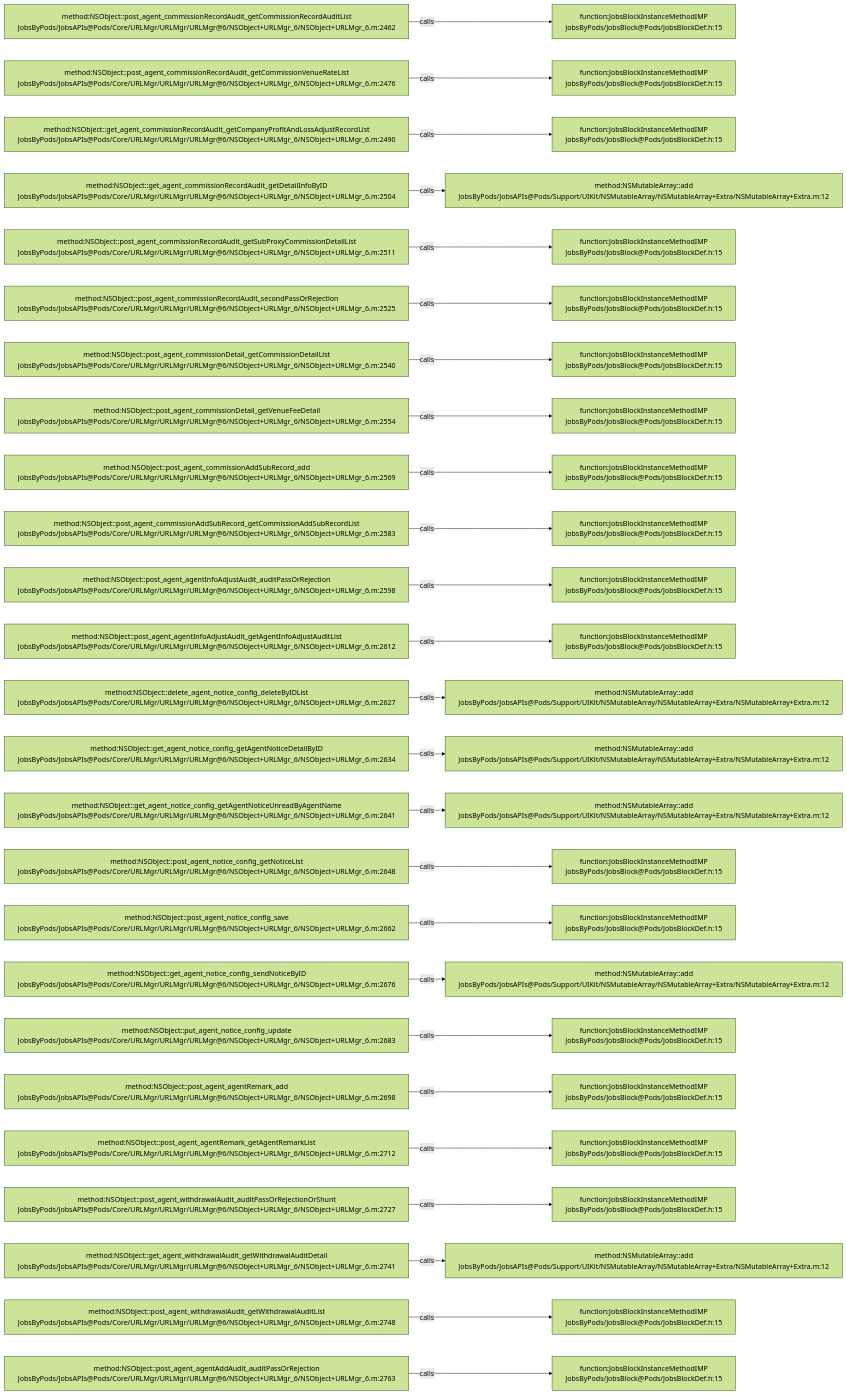
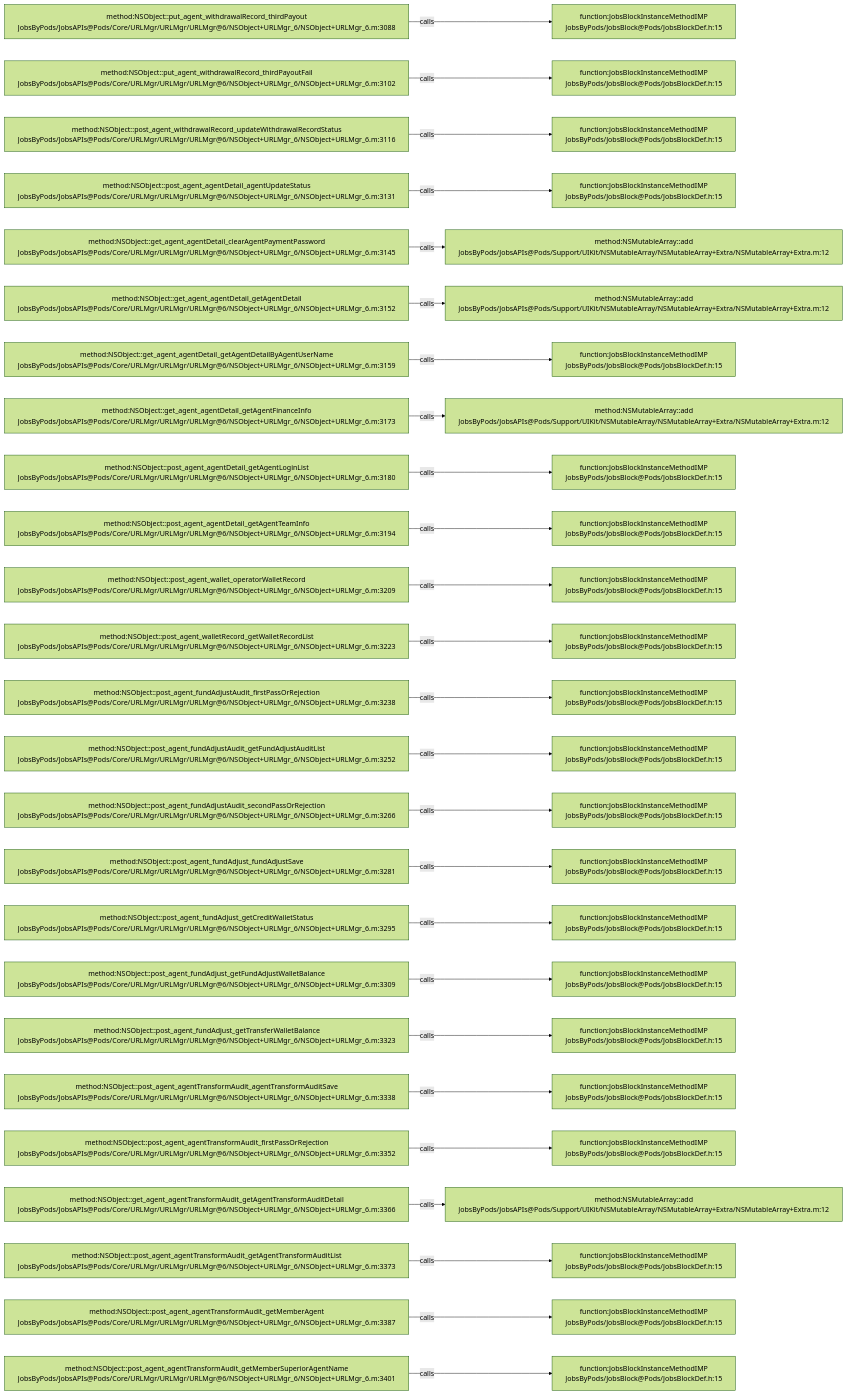
One commit to JobsKits/JobsOCBaseConfigDemo changed the diagram in .codegraph/codegraph.md/graphs/calls-074.md. Above: the diagram before and after it, drawn with Mermaid (forest theme). The commit also changed 223 other files, not shown here.

````diff
--- a/.codegraph/codegraph.md/graphs/calls-074.md
+++ b/.codegraph/codegraph.md/graphs/calls-074.md
@@ -13,78 +13,78 @@
 ```mermaid
 flowchart LR
-  S1["method:NSObject::post_agent_commissionRecordAudit_getCommissionRecordAuditList<br/>JobsByPods/JobsAPIs@Pods/Core/URLMgr/URLMgr/URLMgr@6/NSObject+URLMgr_6/NSObject+URLMgr_6.m:2462"]
+  S1["method:NSObject::put_agent_withdrawalRecord_thirdPayout<br/>JobsByPods/JobsAPIs@Pods/Core/URLMgr/URLMgr/URLMgr@6/NSObject+URLMgr_6/NSObject+URLMgr_6.m:3088"]
   T1["function:JobsBlockInstanceMethodIMP<br/>JobsByPods/JobsBlock@Pods/JobsBlockDef.h:15"]
   S1 -->|calls| T1
-  S2["method:NSObject::post_agent_commissionRecordAudit_getCommissionVenueRateList<br/>JobsByPods/JobsAPIs@Pods/Core/URLMgr/URLMgr/URLMgr@6/NSObject+URLMgr_6/NSObject+URLMgr_6.m:2476"]
+  S2["method:NSObject::put_agent_withdrawalRecord_thirdPayoutFail<br/>JobsByPods/JobsAPIs@Pods/Core/URLMgr/URLMgr/URLMgr@6/NSObject+URLMgr_6/NSObject+URLMgr_6.m:3102"]
   T2["function:JobsBlockInstanceMethodIMP<br/>JobsByPods/JobsBlock@Pods/JobsBlockDef.h:15"]
   S2 -->|calls| T2
-  S3["method:NSObject::get_agent_commissionRecordAudit_getCompanyProfitAndLossAdjustRecordList<br/>JobsByPods/JobsAPIs@Pods/Core/URLMgr/URLMgr/URLMgr@6/NSObject+URLMgr_6/NSObject+URLMgr_6.m:2490"]
+  S3["method:NSObject::post_agent_withdrawalRecord_updateWithdrawalRecordStatus<br/>JobsByPods/JobsAPIs@Pods/Core/URLMgr/URLMgr/URLMgr@6/NSObject+URLMgr_6/NSObject+URLMgr_6.m:3116"]
   T3["function:JobsBlockInstanceMethodIMP<br/>JobsByPods/JobsBlock@Pods/JobsBlockDef.h:15"]
   S3 -->|calls| T3
-  S4["method:NSObject::get_agent_commissionRecordAudit_getDetailInfoByID<br/>JobsByPods/JobsAPIs@Pods/Core/URLMgr/URLMgr/URLMgr@6/NSObject+URLMgr_6/NSObject+URLMgr_6.m:2504"]
-  T4["method:NSMutableArray::add<br/>JobsByPods/JobsAPIs@Pods/Support/UIKit/NSMutableArray/NSMutableArray+Extra/NSMutableArray+Extra.m:12"]
+  S4["method:NSObject::post_agent_agentDetail_agentUpdateStatus<br/>JobsByPods/JobsAPIs@Pods/Core/URLMgr/URLMgr/URLMgr@6/NSObject+URLMgr_6/NSObject+URLMgr_6.m:3131"]
+  T4["function:JobsBlockInstanceMethodIMP<br/>JobsByPods/JobsBlock@Pods/JobsBlockDef.h:15"]
   S4 -->|calls| T4
-  S5["method:NSObject::post_agent_commissionRecordAudit_getSubProxyCommissionDetailList<br/>JobsByPods/JobsAPIs@Pods/Core/URLMgr/URLMgr/URLMgr@6/NSObject+URLMgr_6/NSObject+URLMgr_6.m:2511"]
-  T5["function:JobsBlockInstanceMethodIMP<br/>JobsByPods/JobsBlock@Pods/JobsBlockDef.h:15"]
+  S5["method:NSObject::get_agent_agentDetail_clearAgentPaymentPassword<br/>JobsByPods/JobsAPIs@Pods/Core/URLMgr/URLMgr/URLMgr@6/NSObject+URLMgr_6/NSObject+URLMgr_6.m:3145"]
+  T5["method:NSMutableArray::add<br/>JobsByPods/JobsAPIs@Pods/Support/UIKit/NSMutableArray/NSMutableArray+Extra/NSMutableArray+Extra.m:12"]
   S5 -->|calls| T5
-  S6["method:NSObject::post_agent_commissionRecordAudit_secondPassOrRejection<br/>JobsByPods/JobsAPIs@Pods/Core/URLMgr/URLMgr/URLMgr@6/NSObject+URLMgr_6/NSObject+URLMgr_6.m:2525"]
-  T6["function:JobsBlockInstanceMethodIMP<br/>JobsByPods/JobsBlock@Pods/JobsBlockDef.h:15"]
+  S6["method:NSObject::get_agent_agentDetail_getAgentDetail<br/>JobsByPods/JobsAPIs@Pods/Core/URLMgr/URLMgr/URLMgr@6/NSObject+URLMgr_6/NSObject+URLMgr_6.m:3152"]
+  T6["method:NSMutableArray::add<br/>JobsByPods/JobsAPIs@Pods/Support/UIKit/NSMutableArray/NSMutableArray+Extra/NSMutableArray+Extra.m:12"]
   S6 -->|calls| T6
-  S7["method:NSObject::post_agent_commissionDetail_getCommissionDetailList<br/>JobsByPods/JobsAPIs@Pods/Core/URLMgr/URLMgr/URLMgr@6/NSObject+URLMgr_6/NSObject+URLMgr_6.m:2540"]
+  S7["method:NSObject::get_agent_agentDetail_getAgentDetailByAgentUserName<br/>JobsByPods/JobsAPIs@Pods/Core/URLMgr/URLMgr/URLMgr@6/NSObject+URLMgr_6/NSObject+URLMgr_6.m:3159"]
   T7["function:JobsBlockInstanceMethodIMP<br/>JobsByPods/JobsBlock@Pods/JobsBlockDef.h:15"]
   S7 -->|calls| T7
-  S8["method:NSObject::post_agent_commissionDetail_getVenueFeeDetail<br/>JobsByPods/JobsAPIs@Pods/Core/URLMgr/URLMgr/URLMgr@6/NSObject+URLMgr_6/NSObject+URLMgr_6.m:2554"]
-  T8["function:JobsBlockInstanceMethodIMP<br/>JobsByPods/JobsBlock@Pods/JobsBlockDef.h:15"]
+  S8["method:NSObject::get_agent_agentDetail_getAgentFinanceInfo<br/>JobsByPods/JobsAPIs@Pods/Core/URLMgr/URLMgr/URLMgr@6/NSObject+URLMgr_6/NSObject+URLMgr_6.m:3173"]
+  T8["method:NSMutableArray::add<br/>JobsByPods/JobsAPIs@Pods/Support/UIKit/NSMutableArray/NSMutableArray+Extra/NSMutableArray+Extra.m:12"]
   S8 -->|calls| T8
-  S9["method:NSObject::post_agent_commissionAddSubRecord_add<br/>JobsByPods/JobsAPIs@Pods/Core/URLMgr/URLMgr/URLMgr@6/NSObject+URLMgr_6/NSObject+URLMgr_6.m:2569"]
+  S9["method:NSObject::post_agent_agentDetail_getAgentLoginList<br/>JobsByPods/JobsAPIs@Pods/Core/URLMgr/URLMgr/URLMgr@6/NSObject+URLMgr_6/NSObject+URLMgr_6.m:3180"]
   T9["function:JobsBlockInstanceMethodIMP<br/>JobsByPods/JobsBlock@Pods/JobsBlockDef.h:15"]
   S9 -->|calls| T9
-  S10["method:NSObject::post_agent_commissionAddSubRecord_getCommissionAddSubRecordList<br/>JobsByPods/JobsAPIs@Pods/Core/URLMgr/URLMgr/URLMgr@6/NSObject+URLMgr_6/NSObject+URLMgr_6.m:2583"]
+  S10["method:NSObject::post_agent_agentDetail_getAgentTeamInfo<br/>JobsByPods/JobsAPIs@Pods/Core/URLMgr/URLMgr/URLMgr@6/NSObject+URLMgr_6/NSObject+URLMgr_6.m:3194"]
   T10["function:JobsBlockInstanceMethodIMP<br/>JobsByPods/JobsBlock@Pods/JobsBlockDef.h:15"]
   S10 -->|calls| T10
-  S11["method:NSObject::post_agent_agentInfoAdjustAudit_auditPassOrRejection<br/>JobsByPods/JobsAPIs@Pods/Core/URLMgr/URLMgr/URLMgr@6/NSObject+URLMgr_6/NSObject+URLMgr_6.m:2598"]
+  S11["method:NSObject::post_agent_wallet_operatorWalletRecord<br/>JobsByPods/JobsAPIs@Pods/Core/URLMgr/URLMgr/URLMgr@6/NSObject+URLMgr_6/NSObject+URLMgr_6.m:3209"]
   T11["function:JobsBlockInstanceMethodIMP<br/>JobsByPods/JobsBlock@Pods/JobsBlockDef.h:15"]
   S11 -->|calls| T11
-  S12["method:NSObject::post_agent_agentInfoAdjustAudit_getAgentInfoAdjustAuditList<br/>JobsByPods/JobsAPIs@Pods/Core/URLMgr/URLMgr/URLMgr@6/NSObject+URLMgr_6/NSObject+URLMgr_6.m:2612"]
+  S12["method:NSObject::post_agent_walletRecord_getWalletRecordList<br/>JobsByPods/JobsAPIs@Pods/Core/URLMgr/URLMgr/URLMgr@6/NSObject+URLMgr_6/NSObject+URLMgr_6.m:3223"]
   T12["function:JobsBlockInstanceMethodIMP<br/>JobsByPods/JobsBlock@Pods/JobsBlockDef.h:15"]
   S12 -->|calls| T12
-  S13["method:NSObject::delete_agent_notice_config_deleteByIDList<br/>JobsByPods/JobsAPIs@Pods/Core/URLMgr/URLMgr/URLMgr@6/NSObject+URLMgr_6/NSObject+URLMgr_6.m:2627"]
-  T13["method:NSMutableArray::add<br/>JobsByPods/JobsAPIs@Pods/Support/UIKit/NSMutableArray/NSMutableArray+Extra/NSMutableArray+Extra.m:12"]
+  S13["method:NSObject::post_agent_fundAdjustAudit_firstPassOrRejection<br/>JobsByPods/JobsAPIs@Pods/Core/URLMgr/URLMgr/URLMgr@6/NSObject+URLMgr_6/NSObject+URLMgr_6.m:3238"]
+  T13["function:JobsBlockInstanceMethodIMP<br/>JobsByPods/JobsBlock@Pods/JobsBlockDef.h:15"]
   S13 -->|calls| T13
-  S14["method:NSObject::get_agent_notice_config_getAgentNoticeDetailByID<br/>JobsByPods/JobsAPIs@Pods/Core/URLMgr/URLMgr/URLMgr@6/NSObject+URLMgr_6/NSObject+URLMgr_6.m:2634"]
-  T14["method:NSMutableArray::add<br/>JobsByPods/JobsAPIs@Pods/Support/UIKit/NSMutableArray/NSMutableArray+Extra/NSMutableArray+Extra.m:12"]
+  S14["method:NSObject::post_agent_fundAdjustAudit_getFundAdjustAuditList<br/>JobsByPods/JobsAPIs@Pods/Core/URLMgr/URLMgr/URLMgr@6/NSObject+URLMgr_6/NSObject+URLMgr_6.m:3252"]
+  T14["function:JobsBlockInstanceMethodIMP<br/>JobsByPods/JobsBlock@Pods/JobsBlockDef.h:15"]
   S14 -->|calls| T14
-  S15["method:NSObject::get_agent_notice_config_getAgentNoticeUnreadByAgentName<br/>JobsByPods/JobsAPIs@Pods/Core/URLMgr/URLMgr/URLMgr@6/NSObject+URLMgr_6/NSObject+URLMgr_6.m:2641"]
-  T15["method:NSMutableArray::add<br/>JobsByPods/JobsAPIs@Pods/Support/UIKit/NSMutableArray/NSMutableArray+Extra/NSMutableArray+Extra.m:12"]
+  S15["method:NSObject::post_agent_fundAdjustAudit_secondPassOrRejection<br/>JobsByPods/JobsAPIs@Pods/Core/URLMgr/URLMgr/URLMgr@6/NSObject+URLMgr_6/NSObject+URLMgr_6.m:3266"]
+  T15["function:JobsBlockInstanceMethodIMP<br/>JobsByPods/JobsBlock@Pods/JobsBlockDef.h:15"]
   S15 -->|calls| T15
-  S16["method:NSObject::post_agent_notice_config_getNoticeList<br/>JobsByPods/JobsAPIs@Pods/Core/URLMgr/URLMgr/URLMgr@6/NSObject+URLMgr_6/NSObject+URLMgr_6.m:2648"]
+  S16["method:NSObject::post_agent_fundAdjust_fundAdjustSave<br/>JobsByPods/JobsAPIs@Pods/Core/URLMgr/URLMgr/URLMgr@6/NSObject+URLMgr_6/NSObject+URLMgr_6.m:3281"]
   T16["function:JobsBlockInstanceMethodIMP<br/>JobsByPods/JobsBlock@Pods/JobsBlockDef.h:15"]
   S16 -->|calls| T16
-  S17["method:NSObject::post_agent_notice_config_save<br/>JobsByPods/JobsAPIs@Pods/Core/URLMgr/URLMgr/URLMgr@6/NSObject+URLMgr_6/NSObject+URLMgr_6.m:2662"]
+  S17["method:NSObject::post_agent_fundAdjust_getCreditWalletStatus<br/>JobsByPods/JobsAPIs@Pods/Core/URLMgr/URLMgr/URLMgr@6/NSObject+URLMgr_6/NSObject+URLMgr_6.m:3295"]
   T17["function:JobsBlockInstanceMethodIMP<br/>JobsByPods/JobsBlock@Pods/JobsBlockDef.h:15"]
   S17 -->|calls| T17
-  S18["method:NSObject::get_agent_notice_config_sendNoticeByID<br/>JobsByPods/JobsAPIs@Pods/Core/URLMgr/URLMgr/URLMgr@6/NSObject+URLMgr_6/NSObject+URLMgr_6.m:2676"]
-  T18["method:NSMutableArray::add<br/>JobsByPods/JobsAPIs@Pods/Support/UIKit/NSMutableArray/NSMutableArray+Extra/NSMutableArray+Extra.m:12"]
+  S18["method:NSObject::post_agent_fundAdjust_getFundAdjustWalletBalance<br/>JobsByPods/JobsAPIs@Pods/Core/URLMgr/URLMgr/URLMgr@6/NSObject+URLMgr_6/NSObject+URLMgr_6.m:3309"]
+  T18["function:JobsBlockInstanceMethodIMP<br/>JobsByPods/JobsBlock@Pods/JobsBlockDef.h:15"]
   S18 -->|calls| T18
-  S19["method:NSObject::put_agent_notice_config_update<br/>JobsByPods/JobsAPIs@Pods/Core/URLMgr/URLMgr/URLMgr@6/NSObject+URLMgr_6/NSObject+URLMgr_6.m:2683"]
+  S19["method:NSObject::post_agent_fundAdjust_getTransferWalletBalance<br/>JobsByPods/JobsAPIs@Pods/Core/URLMgr/URLMgr/URLMgr@6/NSObject+URLMgr_6/NSObject+URLMgr_6.m:3323"]
   T19["function:JobsBlockInstanceMethodIMP<br/>JobsByPods/JobsBlock@Pods/JobsBlockDef.h:15"]
   S19 -->|calls| T19
-  S20["method:NSObject::post_agent_agentRemark_add<br/>JobsByPods/JobsAPIs@Pods/Core/URLMgr/URLMgr/URLMgr@6/NSObject+URLMgr_6/NSObject+URLMgr_6.m:2698"]
+  S20["method:NSObject::post_agent_agentTransformAudit_agentTransformAuditSave<br/>JobsByPods/JobsAPIs@Pods/Core/URLMgr/URLMgr/URLMgr@6/NSObject+URLMgr_6/NSObject+URLMgr_6.m:3338"]
   T20["function:JobsBlockInstanceMethodIMP<br/>JobsByPods/JobsBlock@Pods/JobsBlockDef.h:15"]
   S20 -->|calls| T20
-  S21["method:NSObject::post_agent_agentRemark_getAgentRemarkList<br/>JobsByPods/JobsAPIs@Pods/Core/URLMgr/URLMgr/URLMgr@6/NSObject+URLMgr_6/NSObject+URLMgr_6.m:2712"]
+  S21["method:NSObject::post_agent_agentTransformAudit_firstPassOrRejection<br/>JobsByPods/JobsAPIs@Pods/Core/URLMgr/URLMgr/URLMgr@6/NSObject+URLMgr_6/NSObject+URLMgr_6.m:3352"]
   T21["function:JobsBlockInstanceMethodIMP<br/>JobsByPods/JobsBlock@Pods/JobsBlockDef.h:15"]
   S21 -->|calls| T21
-  S22["method:NSObject::post_agent_withdrawalAudit_auditPassOrRejectionOrShunt<br/>JobsByPods/JobsAPIs@Pods/Core/URLMgr/URLMgr/URLMgr@6/NSObject+URLMgr_6/NSObject+URLMgr_6.m:2727"]
-  T22["function:JobsBlockInstanceMethodIMP<br/>JobsByPods/JobsBlock@Pods/JobsBlockDef.h:15"]
+  S22["method:NSObject::get_agent_agentTransformAudit_getAgentTransformAuditDetail<br/>JobsByPods/JobsAPIs@Pods/Core/URLMgr/URLMgr/URLMgr@6/NSObject+URLMgr_6/NSObject+URLMgr_6.m:3366"]
+  T22["method:NSMutableArray::add<br/>JobsByPods/JobsAPIs@Pods/Support/UIKit/NSMutableArray/NSMutableArray+Extra/NSMutableArray+Extra.m:12"]
   S22 -->|calls| T22
-  S23["method:NSObject::get_agent_withdrawalAudit_getWithdrawalAuditDetail<br/>JobsByPods/JobsAPIs@Pods/Core/URLMgr/URLMgr/URLMgr@6/NSObject+URLMgr_6/NSObject+URLMgr_6.m:2741"]
-  T23["method:NSMutableArray::add<br/>JobsByPods/JobsAPIs@Pods/Support/UIKit/NSMutableArray/NSMutableArray+Extra/NSMutableArray+Extra.m:12"]
+  S23["method:NSObject::post_agent_agentTransformAudit_getAgentTransformAuditList<br/>JobsByPods/JobsAPIs@Pods/Core/URLMgr/URLMgr/URLMgr@6/NSObject+URLMgr_6/NSObject+URLMgr_6.m:3373"]
+  T23["function:JobsBlockInstanceMethodIMP<br/>JobsByPods/JobsBlock@Pods/JobsBlockDef.h:15"]
   S23 -->|calls| T23
-  S24["method:NSObject::post_agent_withdrawalAudit_getWithdrawalAuditList<br/>JobsByPods/JobsAPIs@Pods/Core/URLMgr/URLMgr/URLMgr@6/NSObject+URLMgr_6/NSObject+URLMgr_6.m:2748"]
+  S24["method:NSObject::post_agent_agentTransformAudit_getMemberAgent<br/>JobsByPods/JobsAPIs@Pods/Core/URLMgr/URLMgr/URLMgr@6/NSObject+URLMgr_6/NSObject+URLMgr_6.m:3387"]
   T24["function:JobsBlockInstanceMethodIMP<br/>JobsByPods/JobsBlock@Pods/JobsBlockDef.h:15"]
   S24 -->|calls| T24
-  S25["method:NSObject::post_agent_agentAddAudit_auditPassOrRejection<br/>JobsByPods/JobsAPIs@Pods/Core/URLMgr/URLMgr/URLMgr@6/NSObject+URLMgr_6/NSObject+URLMgr_6.m:2763"]
+  S25["method:NSObject::post_agent_agentTransformAudit_getMemberSuperiorAgentName<br/>JobsByPods/JobsAPIs@Pods/Core/URLMgr/URLMgr/URLMgr@6/NSObject+URLMgr_6/NSObject+URLMgr_6.m:3401"]
   T25["function:JobsBlockInstanceMethodIMP<br/>JobsByPods/JobsBlock@Pods/JobsBlockDef.h:15"]
   S25 -->|calls| T25
 ```
````
